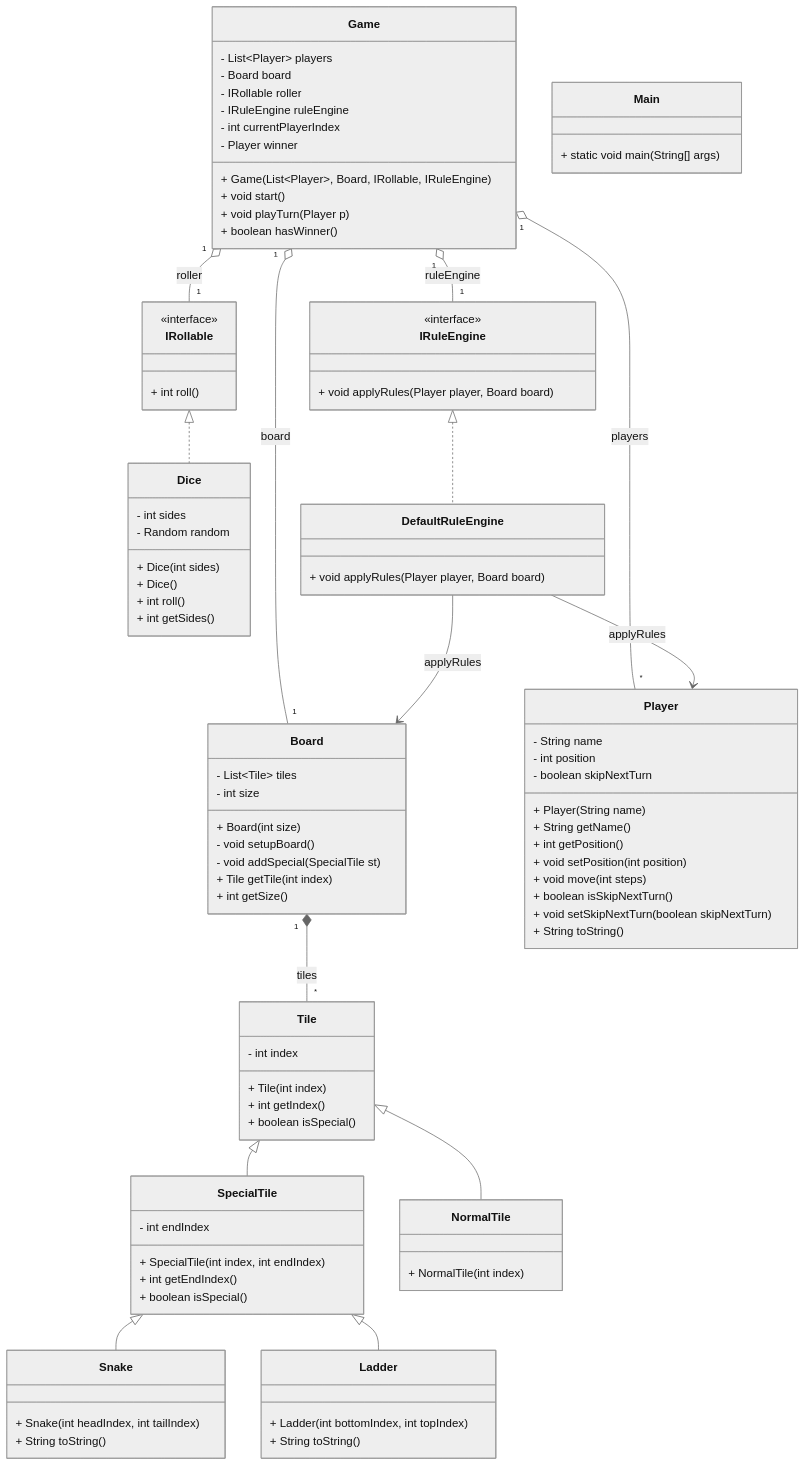
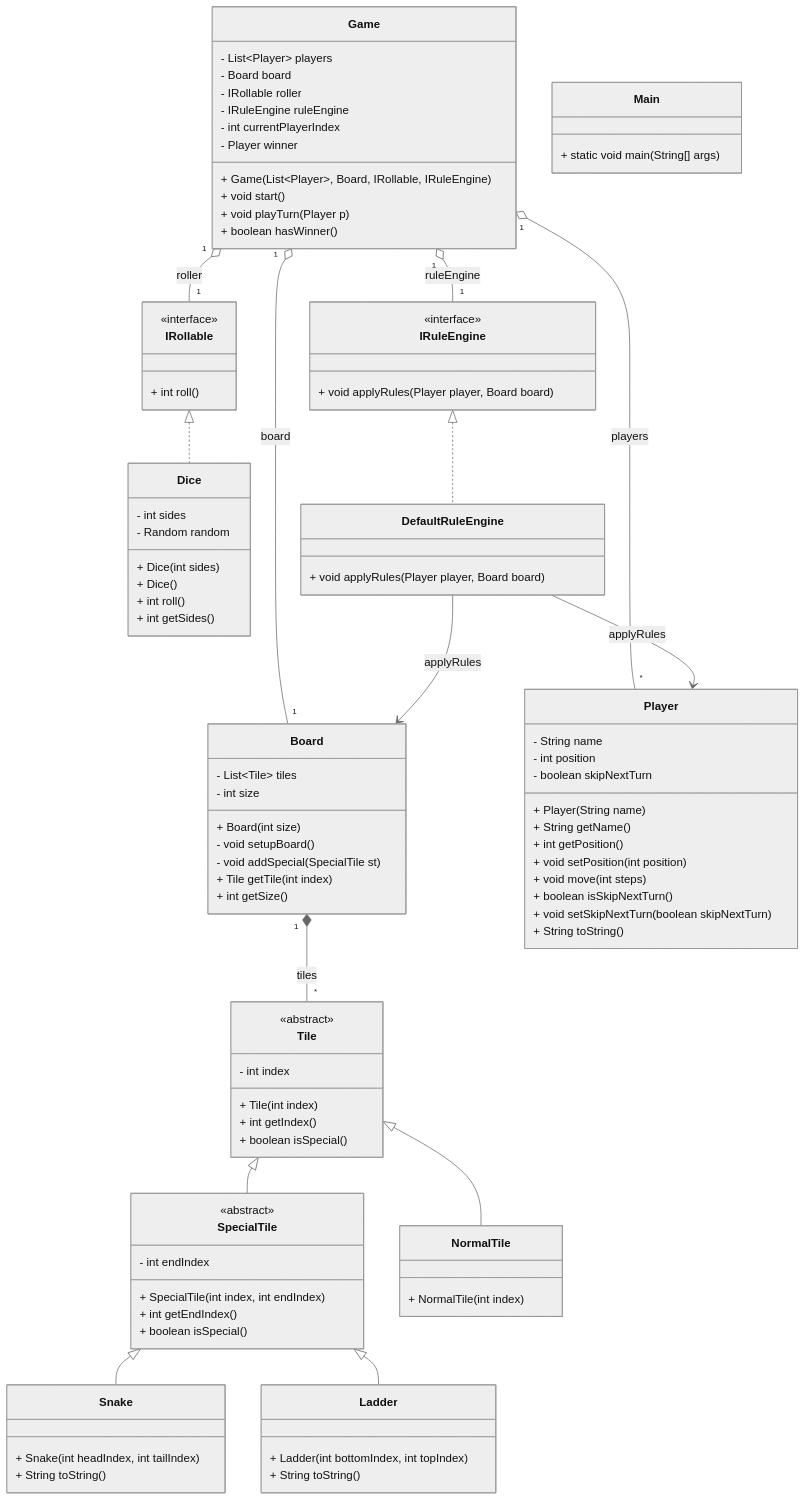
The diagram in snakes_ladders/README.md (purvanshh/Snake_Ladders), drawn with Mermaid (neutral theme) before and after one commit. The commit also changed other lines of this file, not shown here.

````diff
--- a/snakes_ladders/README.md
+++ b/snakes_ladders/README.md
@@ -51,7 +71,8 @@
 ```mermaid
 classDiagram
-    %% === Classes ===
+    %% === Abstract Classes ===
     class Tile {
+        <<abstract>>
         - int index
         + Tile(int index)
         + int getIndex()
@@ -59,12 +80,14 @@
     }
 
     class SpecialTile {
+        <<abstract>>
         - int endIndex
         + SpecialTile(int index, int endIndex)
         + int getEndIndex()
         + boolean isSpecial()
     }
 
+    %% === Concrete Classes ===
     class NormalTile {
         + NormalTile(int index)
     }
@@ -151,7 +174,7 @@
     IRollable <|.. Dice
     IRuleEngine <|.. DefaultRuleEngine
 
-    %% === Associations ===
+    %% === Associations (with cardinalities) ===
     Board "1" *-- "*" Tile : tiles
     Game "1" o-- "*" Player : players
     Game "1" o-- "1" Board : board
````
